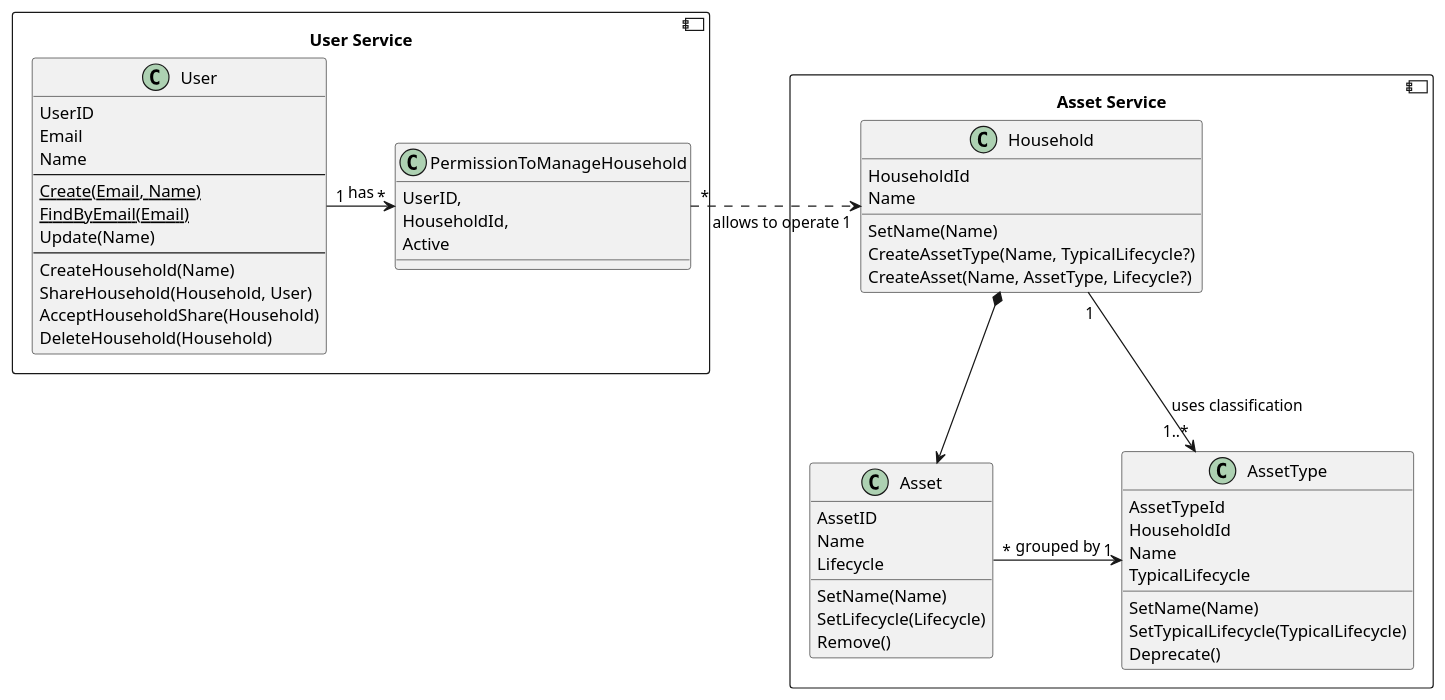
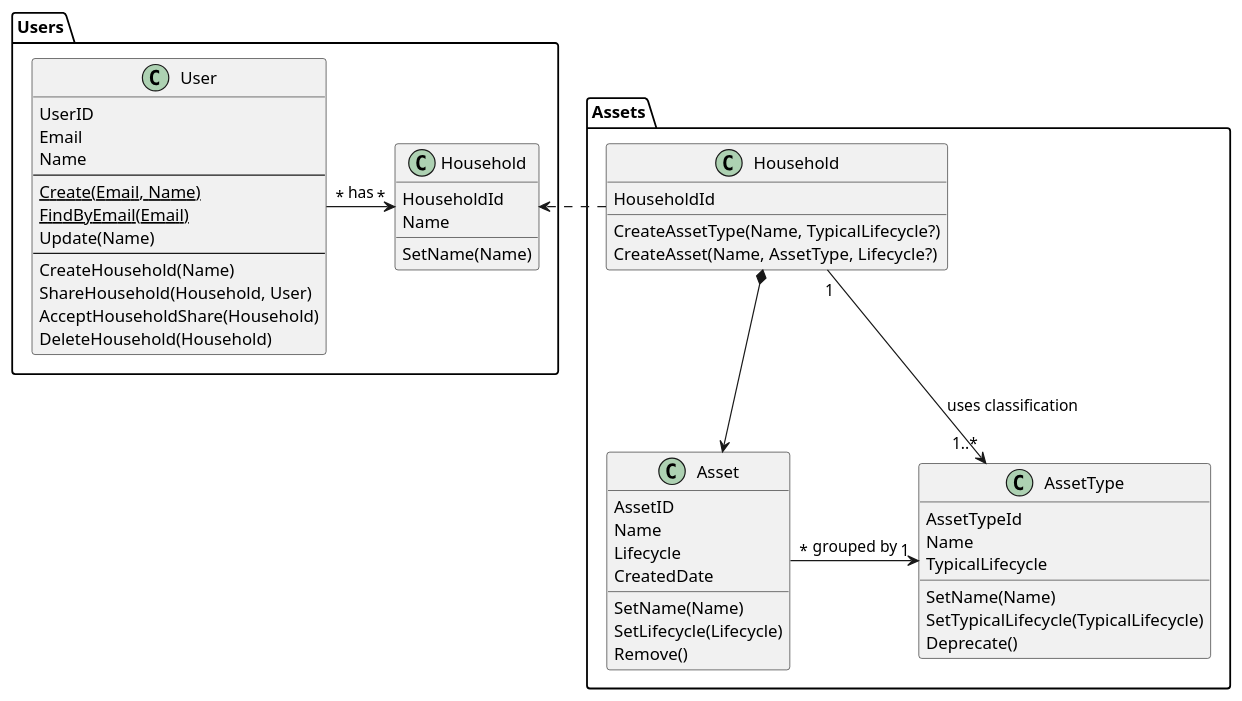
Before and after one commit to AVEducationalProjects/PAM: the diagram in docs/domain.puml, drawn with PlantUML. The commit also changed 11 other files, not shown here.

```diff
--- a/docs/domain.puml
+++ b/docs/domain.puml
@@ -1,71 +1,68 @@
 @startuml Domain model
 
-component "User Service"{
+namespace Users{
 
     class User {
         UserID
         Email
         Name
         --
         {static} Create(Email, Name)
         {static} FindByEmail(Email)
         Update(Name)
         --
         CreateHousehold(Name)
         ShareHousehold(Household, User)
         AcceptHouseholdShare(Household)
         DeleteHousehold(Household)
     }
 
-    class PermissionToManageHousehold{
-        UserID,
-        HouseholdId,
-        Active
-    }
-
-    User "1"->"*" PermissionToManageHousehold : has
-
-}
-
-component "Asset Service" as AssetBase{
-
     class Household{
         HouseholdId
         Name
 
         SetName(Name)
+    }
+
+    User "*"->"*" Household : has
+
+}
+
+namespace Assets {
+    class Household{
+        HouseholdId
+
         CreateAssetType(Name, TypicalLifecycle?)
         CreateAsset(Name, AssetType, Lifecycle?)
     }
 
     class AssetType{
         AssetTypeId
-        HouseholdId
         Name
         TypicalLifecycle
 
         SetName(Name)
         SetTypicalLifecycle(TypicalLifecycle)
         Deprecate()
     }
 
 
     class Asset{
         AssetID
         Name
         Lifecycle
+        CreatedDate
 
         SetName(Name)
         SetLifecycle(Lifecycle)
         Remove()
     }
 
     Household "1"==>"1..*" AssetType: uses classification
     Household *--> Asset
     Asset "*" -> "1" AssetType : grouped by
 }
 
-
-Household "1" <.left. "*" PermissionToManageHousehold : allows to operate
+Assets.Household .> Users.Household
 
 @enduml
```
